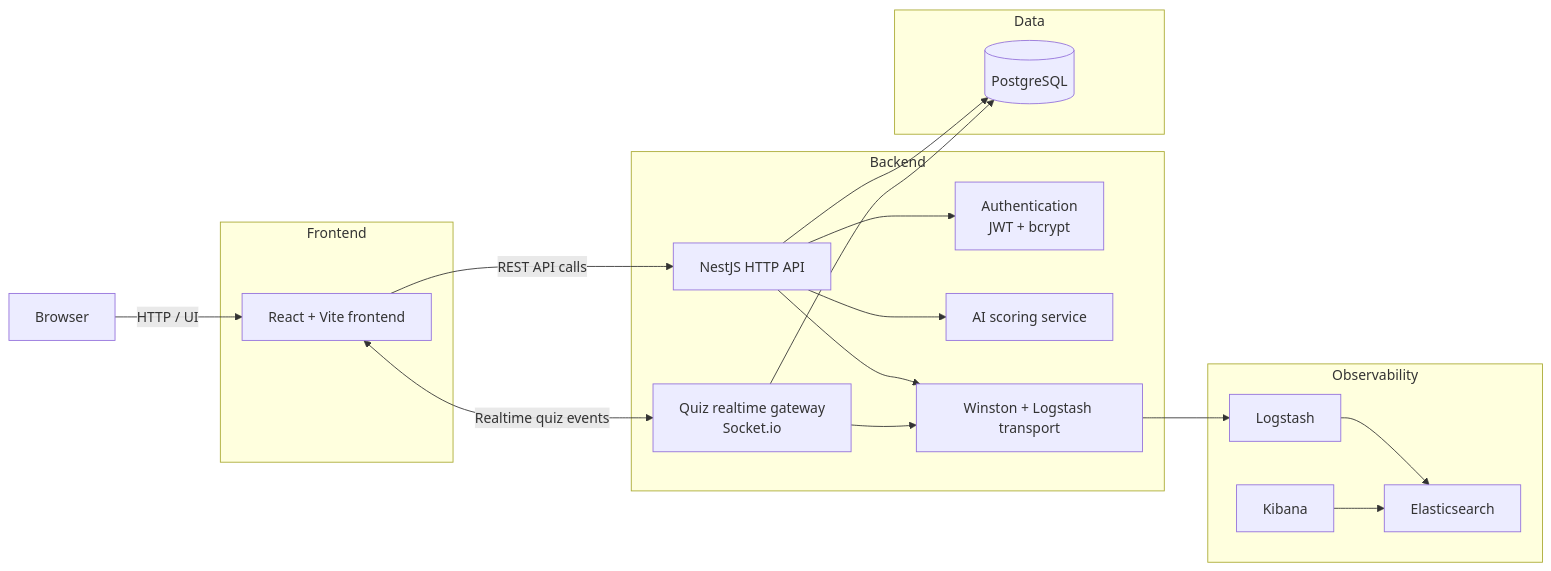
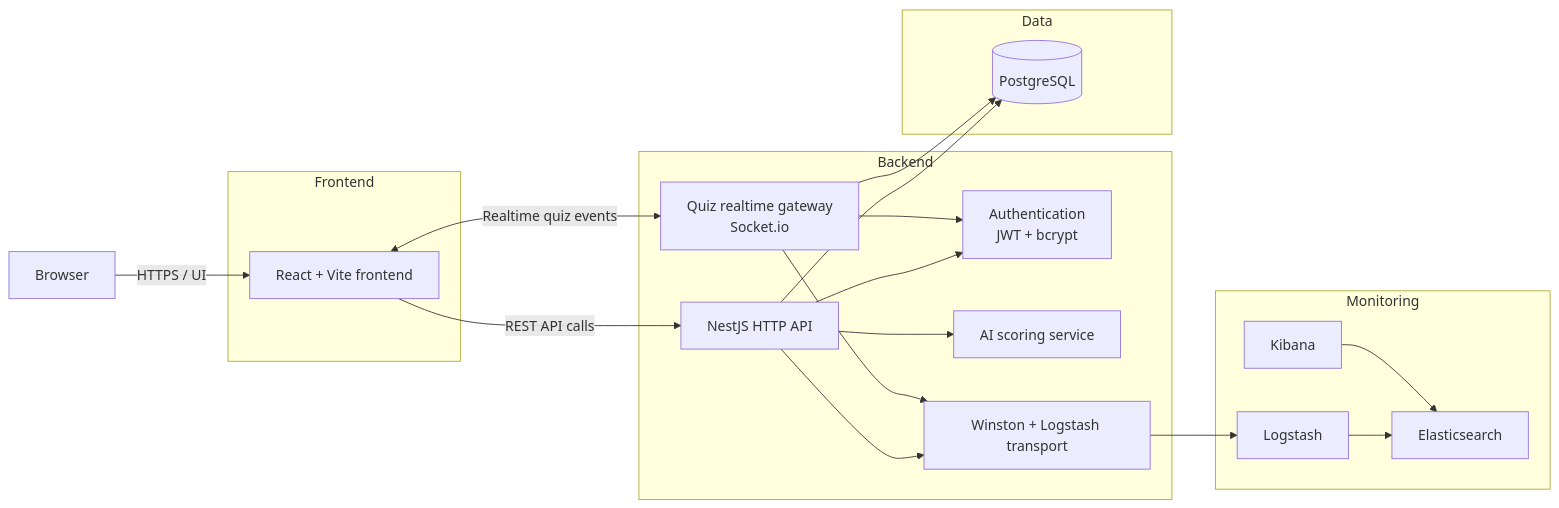
Before and after one commit to Moufidakrainah/safeschoolV1: the diagram in docs/technical/architecture.md, drawn with Mermaid. The commit also changed other lines of this file and 12 other files, not shown here.

````diff
--- a/docs/technical/architecture.md
+++ b/docs/technical/architecture.md
@@ -9,39 +5,40 @@
 ```mermaid
 flowchart LR
   Browser[Browser]
 
   subgraph Frontend
     ReactApp[React + Vite frontend]
   end
 
   subgraph Backend
     API[NestJS HTTP API]
     WS[Quiz realtime gateway\nSocket.io]
     Auth[Authentication\nJWT + bcrypt]
     AI[AI scoring service]
     Logger[Winston + Logstash transport]
   end
 
   subgraph Data
     DB[(PostgreSQL)]
   end
 
-  subgraph Observability
+  subgraph Monitoring
     LS[Logstash]
     ES[Elasticsearch]
     Kibana[Kibana]
   end
 
-  Browser -->|HTTP / UI| ReactApp
+  Browser -->|HTTPS / UI| ReactApp
   ReactApp -->|REST API calls| API
   ReactApp <-->|Realtime quiz events| WS
   API --> Auth
   API --> AI
   API --> DB
   WS --> DB
+  WS --> Auth
   API --> Logger
   WS --> Logger
   Logger --> LS
   LS --> ES
   Kibana --> ES
 ```
````
